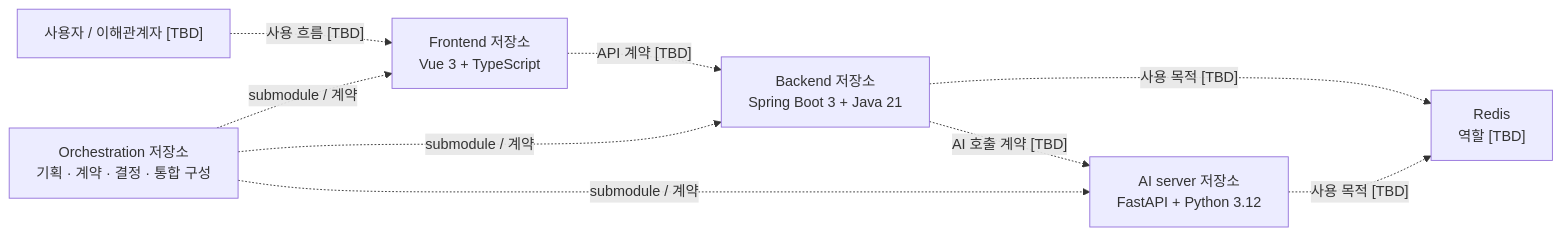
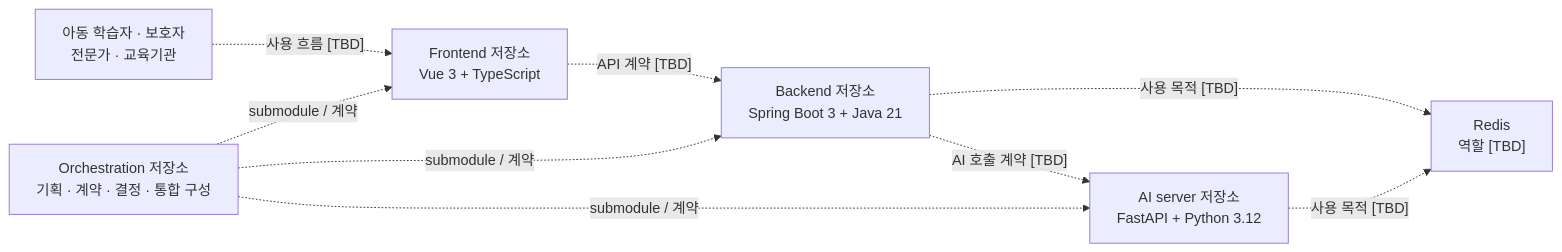
One commit to iRead-B105/iRead changed the diagram in docs/architecture/system-context.md. Above: the diagram before and after it, drawn with Mermaid. The commit also changed other lines of this file and 9 other files, not shown here.

````diff
--- a/docs/architecture/system-context.md
+++ b/docs/architecture/system-context.md
@@ -8,18 +8,18 @@
 ```mermaid
 flowchart LR
-    U["사용자 / 이해관계자 [TBD]"]
+    U["아동 학습자 · 보호자<br/>전문가 · 교육기관"]
     F["Frontend 저장소<br/>Vue 3 + TypeScript"]
     B["Backend 저장소<br/>Spring Boot 3 + Java 21"]
     A["AI server 저장소<br/>FastAPI + Python 3.12"]
     R["Redis<br/>역할 [TBD]"]
     O["Orchestration 저장소<br/>기획 · 계약 · 결정 · 통합 구성"]
 
     U -. "사용 흐름 [TBD]" .-> F
     F -. "API 계약 [TBD]" .-> B
     B -. "AI 호출 계약 [TBD]" .-> A
     B -. "사용 목적 [TBD]" .-> R
     A -. "사용 목적 [TBD]" .-> R
     O -. "submodule / 계약" .-> F
     O -. "submodule / 계약" .-> B
     O -. "submodule / 계약" .-> A
 ```
````
